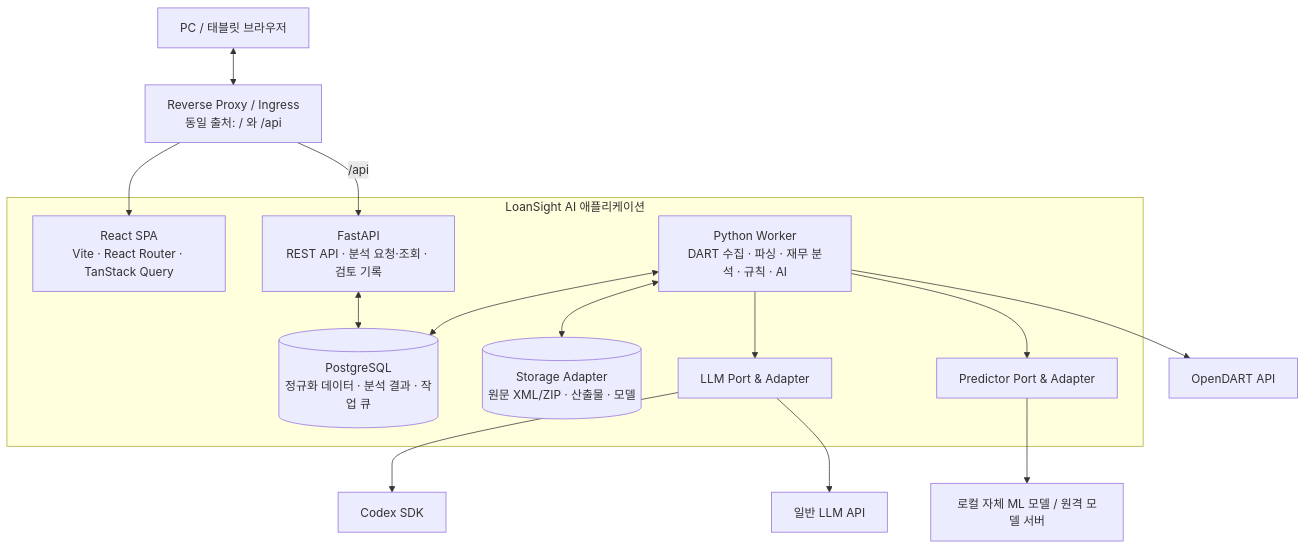
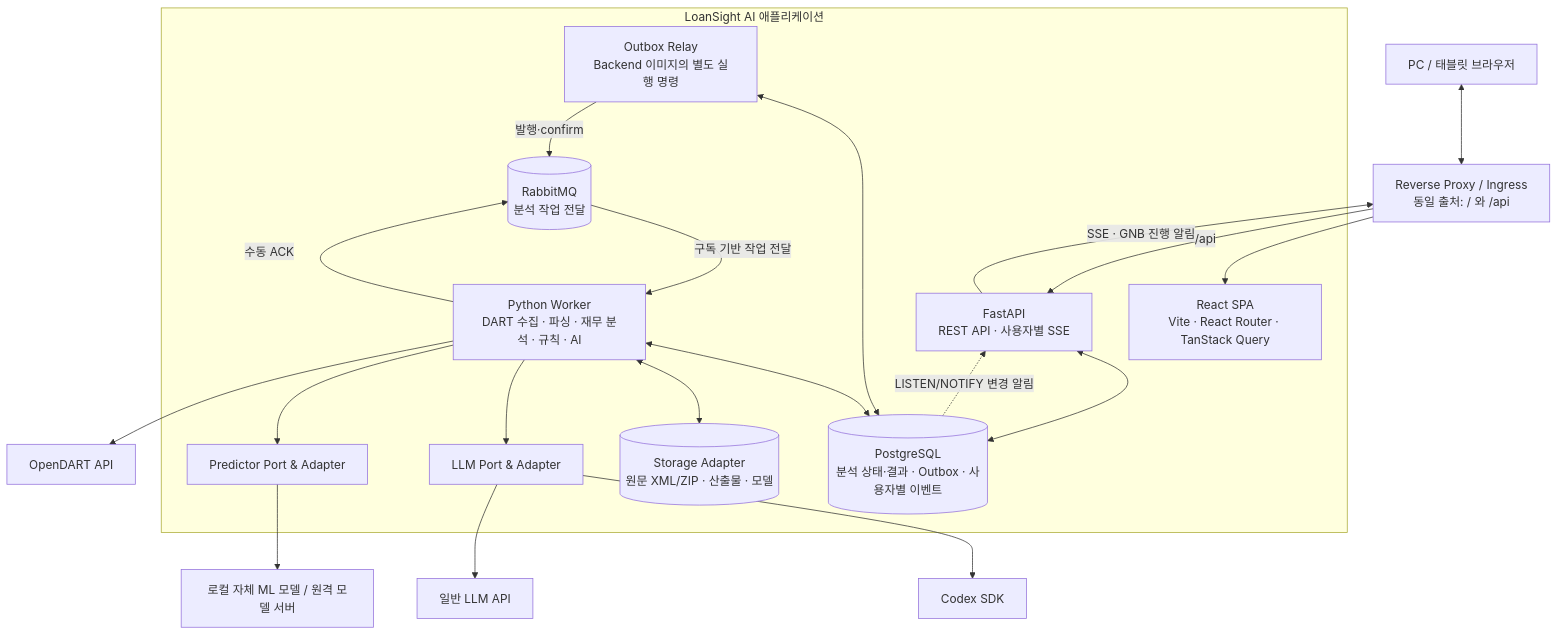
One commit to loansight-ai/code changed the first of 4 diagrams in LoanSight_AI_Architecture_v0.3.md. Above: the diagram before and after it, drawn with Mermaid. The commit also changed other lines of this file and 1 other file, not shown here.

Commit message:
📝docs: MQ·SSE 설계와 README 정합성 반영

````diff
--- a/LoanSight_AI_Architecture_v0.3.md
+++ b/LoanSight_AI_Architecture_v0.3.md
@@ -77,33 +103,41 @@
 ```mermaid
 flowchart TB
     USER["PC / 태블릿 브라우저"]
     EDGE["Reverse Proxy / Ingress<br/>동일 출처: / 와 /api"]
 
     subgraph APP["LoanSight AI 애플리케이션"]
         FRONT["React SPA<br/>Vite · React Router · TanStack Query"]
-        API["FastAPI<br/>REST API · 분석 요청·조회 · 검토 기록"]
+        API["FastAPI<br/>REST API · 사용자별 SSE"]
+        RELAY["Outbox Relay<br/>Backend 이미지의 별도 실행 명령"]
+        MQ[("RabbitMQ<br/>분석 작업 전달")]
         WORKER["Python Worker<br/>DART 수집 · 파싱 · 재무 분석 · 규칙 · AI"]
-        DB[("PostgreSQL<br/>정규화 데이터 · 분석 결과 · 작업 큐")]
+        DB[("PostgreSQL<br/>분석 상태·결과 · Outbox · 사용자별 이벤트")]
         STORE[("Storage Adapter<br/>원문 XML/ZIP · 산출물 · 모델")]
         LLMPORT["LLM Port & Adapter"]
         MLPORT["Predictor Port & Adapter"]
     end
 
     DART["OpenDART API"]
     CODEX["Codex SDK"]
     LLMAPI["일반 LLM API"]
     MODEL["로컬 자체 ML 모델 / 원격 모델 서버"]
 
     USER <--> EDGE
     EDGE --> FRONT
     EDGE -->|/api| API
     API <--> DB
+    RELAY <--> DB
+    RELAY -->|발행·confirm| MQ
+    MQ -->|구독 기반 작업 전달| WORKER
+    WORKER -->|수동 ACK| MQ
     WORKER <--> DB
+    DB -.->|LISTEN/NOTIFY 변경 알림| API
+    API -->|SSE · GNB 진행 알림| EDGE
     WORKER <--> STORE
     WORKER --> LLMPORT
     WORKER --> MLPORT
     WORKER --> DART
     LLMPORT --> CODEX
     LLMPORT --> LLMAPI
     MLPORT --> MODEL
 ```
````
